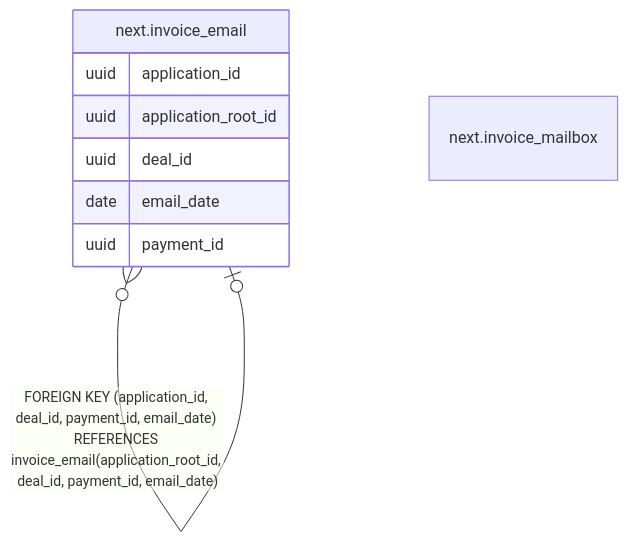
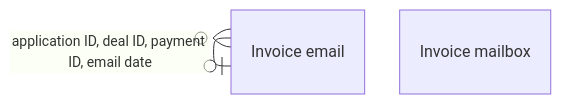
Before and after one commit to DoctorCRE/doctorcre-engine: the diagram in docs/database/tables/viewpoint-invoices.md, drawn with Mermaid. The commit also changed other lines of this file and 29 other files, not shown here.

````diff
--- a/docs/database/tables/viewpoint-invoices.md
+++ b/docs/database/tables/viewpoint-invoices.md
@@ -16,15 +3,13 @@
 ```mermaid
+---
+config:
+  layout: elk
+  er:
+    nodeSpacing: 22
+    rankSpacing: 44
+---
 erDiagram
-
-"next.invoice_email" }o--o| "next.invoice_email" : "FOREIGN KEY (application_id, deal_id, payment_id, email_date) REFERENCES invoice_email(application_root_id, deal_id, payment_id, email_date)"
-
-"next.invoice_email" {
-  uuid application_id
-  uuid application_root_id
-  uuid deal_id
-  date email_date
-  uuid payment_id
-}
-"next.invoice_mailbox" {
-}
+  "Invoice email"
+  "Invoice mailbox"
+  "Invoice email" }o--o| "Invoice email" : "application ID, deal ID, payment ID, email date"
 ```
````
